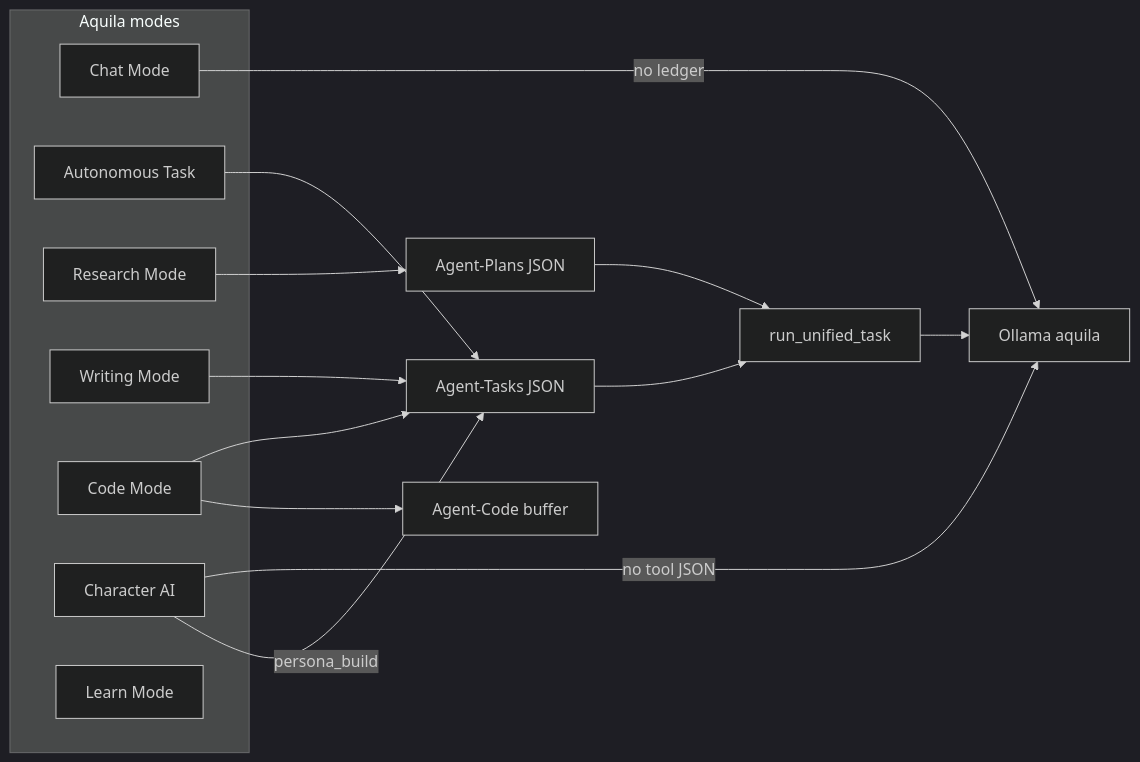
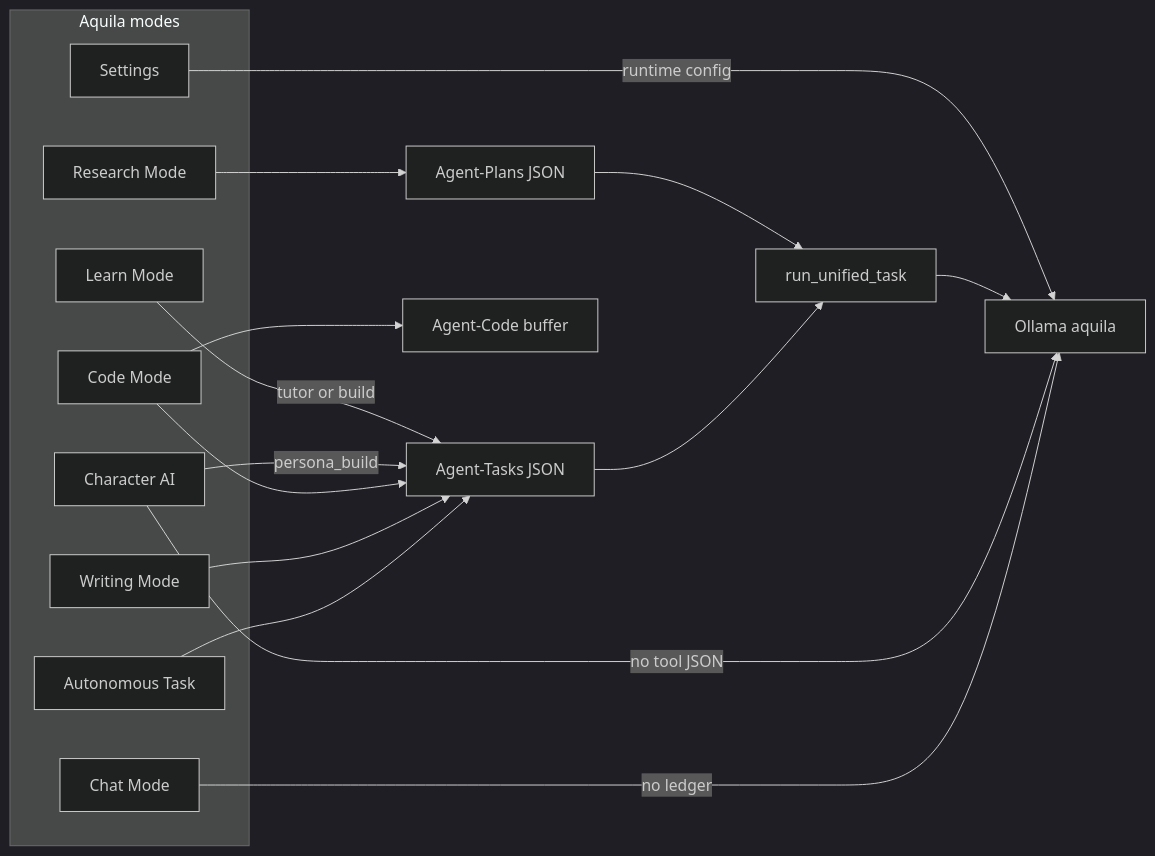
The diagram in README.md (Xydra01/AquilaAI), drawn with Mermaid (dark theme) before and after one commit. The commit also changed other lines of this file and 528 other files, not shown here.

````diff
--- a/README.md
+++ b/README.md
@@ -266,23 +300,26 @@
 ```mermaid
 flowchart LR
     subgraph modes [Aquila modes]
         Chat[Chat Mode]
         Task[Autonomous Task]
         Research[Research Mode]
         Writing[Writing Mode]
         Code[Code Mode]
         Character[Character AI]
         Learn[Learn Mode]
+        Settings[Settings]
     end
     Chat -->|no ledger| Ollama[Ollama aquila]
     Character -->|no tool JSON| Ollama
     Task --> LedgerTasks[Agent-Tasks JSON]
     Research --> LedgerPlans[Agent-Plans JSON]
     Writing --> LedgerTasks
     Code --> LedgerTasks
     Character -->|persona_build| LedgerTasks
+    Learn -->|tutor or build| LedgerTasks
     Code --> CodeBuf[Agent-Code buffer]
     LedgerTasks --> Loop[run_unified_task]
     LedgerPlans --> Loop
     Loop --> Ollama
+    Settings -->|runtime config| Ollama
 ```
````
